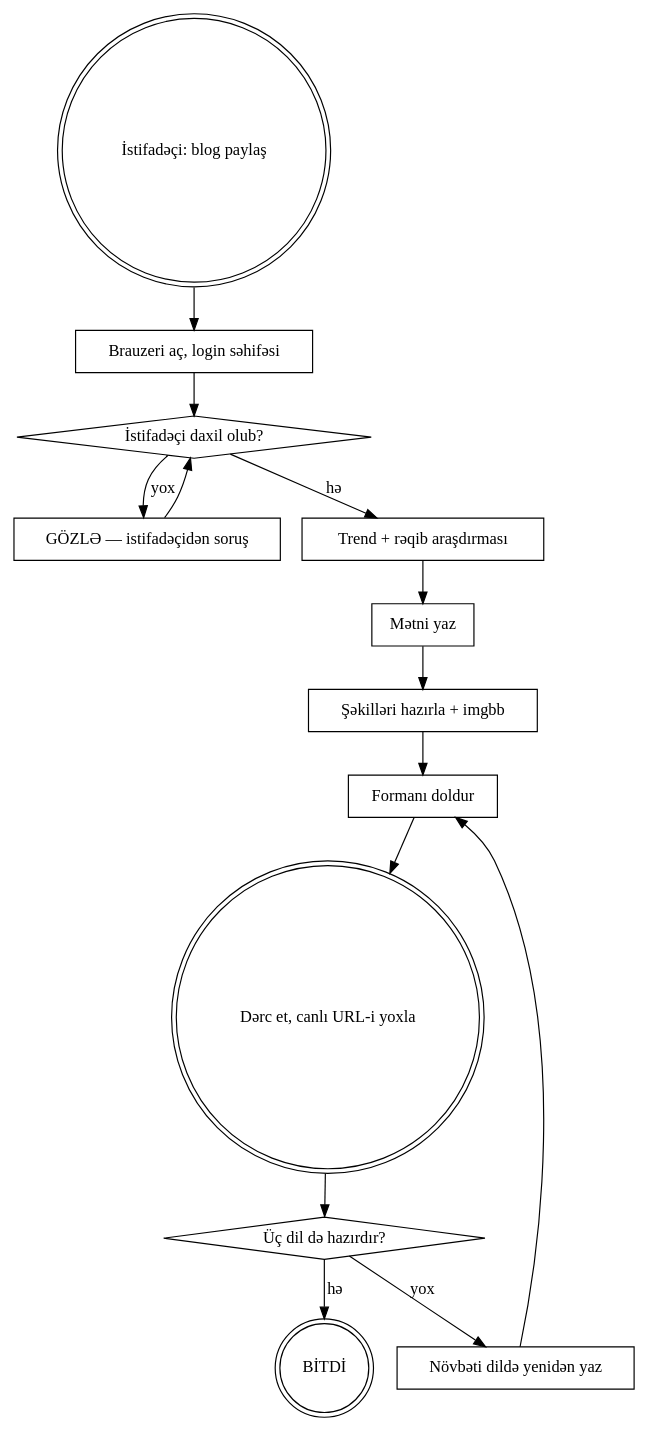
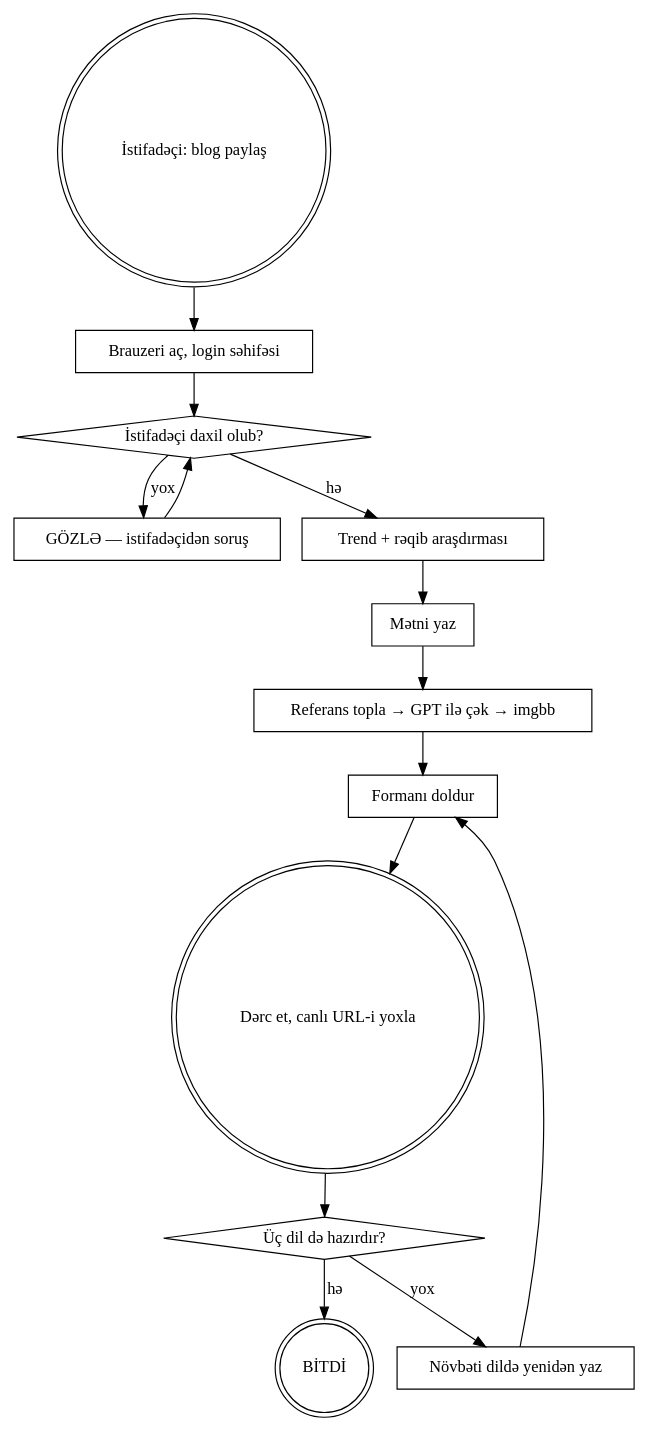
Before and after one commit to ismetcahangirov/minna: the diagram in .claude/skills/blog-publishing/SKILL.md, drawn with Graphviz. The commit also changed other lines of this file and 2 other files, not shown here.

````diff
--- a/.claude/skills/blog-publishing/SKILL.md
+++ b/.claude/skills/blog-publishing/SKILL.md
@@ -40,30 +40,30 @@
 ```dot
 digraph publish {
     "İstifadəçi: blog paylaş" [shape=doublecircle];
     "Brauzeri aç, login səhifəsi" [shape=box];
     "İstifadəçi daxil olub?" [shape=diamond];
     "GÖZLƏ — istifadəçidən soruş" [shape=box];
     "Trend + rəqib araşdırması" [shape=box];
     "Mətni yaz" [shape=box];
-    "Şəkilləri hazırla + imgbb" [shape=box];
+    "Referans topla → GPT ilə çək → imgbb" [shape=box];
     "Formanı doldur" [shape=box];
     "Dərc et, canlı URL-i yoxla" [shape=doublecircle];
 
     "İstifadəçi: blog paylaş" -> "Brauzeri aç, login səhifəsi";
     "Brauzeri aç, login səhifəsi" -> "İstifadəçi daxil olub?";
     "İstifadəçi daxil olub?" -> "GÖZLƏ — istifadəçidən soruş" [label="yox"];
     "GÖZLƏ — istifadəçidən soruş" -> "İstifadəçi daxil olub?";
     "İstifadəçi daxil olub?" -> "Trend + rəqib araşdırması" [label="hə"];
     "Trend + rəqib araşdırması" -> "Mətni yaz";
-    "Mətni yaz" -> "Şəkilləri hazırla + imgbb";
-    "Şəkilləri hazırla + imgbb" -> "Formanı doldur";
+    "Mətni yaz" -> "Referans topla → GPT ilə çək → imgbb";
+    "Referans topla → GPT ilə çək → imgbb" -> "Formanı doldur";
     "Formanı doldur" -> "Dərc et, canlı URL-i yoxla";
     "Dərc et, canlı URL-i yoxla" -> "Üç dil də hazırdır?";
     "Üç dil də hazırdır?" [shape=diamond];
     "Növbəti dildə yenidən yaz" [shape=box];
     "Üç dil də hazırdır?" -> "Növbəti dildə yenidən yaz" [label="yox"];
     "Növbəti dildə yenidən yaz" -> "Formanı doldur";
     "Üç dil də hazırdır?" -> "BİTDİ" [label="hə"];
     "BİTDİ" [shape=doublecircle];
 }
 ```
````
